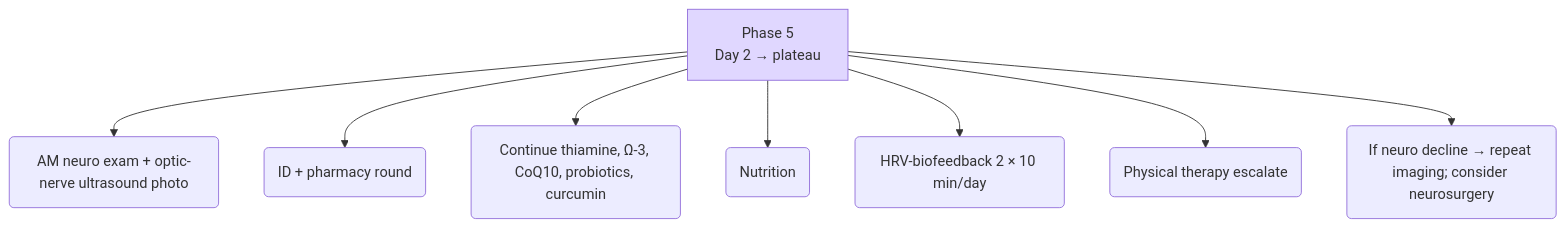
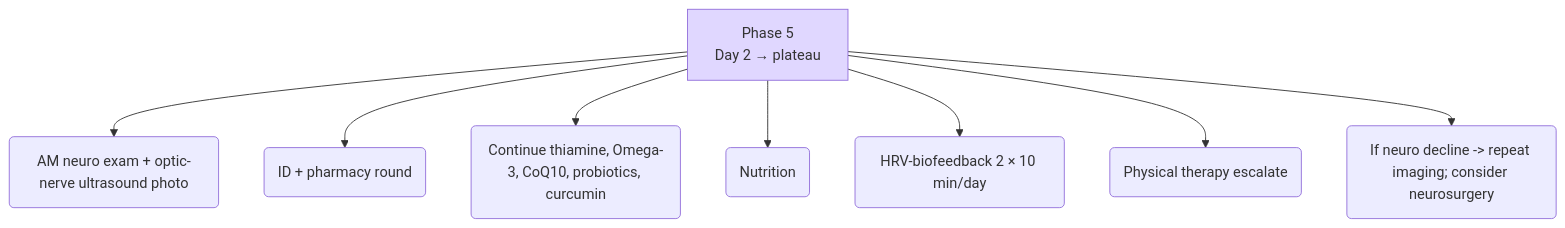
The sixth of 9 diagrams in openai_taelin_query.md (uumami/meningitis_protocol), drawn with Mermaid before and after one commit. The commit also changed other lines of this file and 19 other files, not shown here.

````diff
--- a/openai_taelin_query.md
+++ b/openai_taelin_query.md
@@ -125,11 +125,11 @@
 ```mermaid
 graph TD
     P5[Phase 5<br>Day 2 → plateau] --> NeuroEx(AM neuro exam + optic-nerve ultrasound photo)
     P5 --> Steward(ID + pharmacy round)
-    P5 --> Meta(Continue thiamine, Ω-3, CoQ10, probiotics, curcumin)
+    P5 --> Meta(Continue thiamine, Omega-3, CoQ10, probiotics, curcumin)
     P5 --> Nutri(Nutrition)
     P5 --> HRV(HRV-biofeedback 2 × 10 min/day)
     P5 --> PT(Physical therapy escalate)
-    P5 --> Decline(If neuro decline → repeat imaging; consider neurosurgery)
+    P5 --> Decline(If neuro decline -> repeat imaging; consider neurosurgery)
     style P5 fill:#e0d7ff
 ```
````
